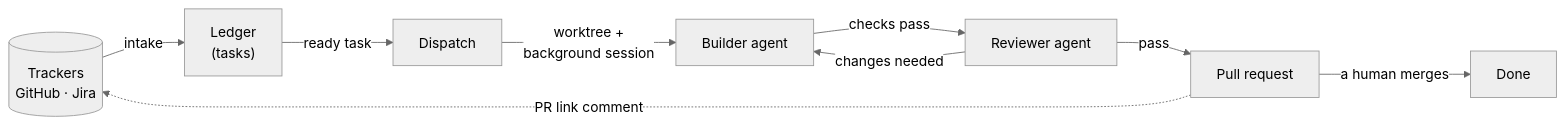
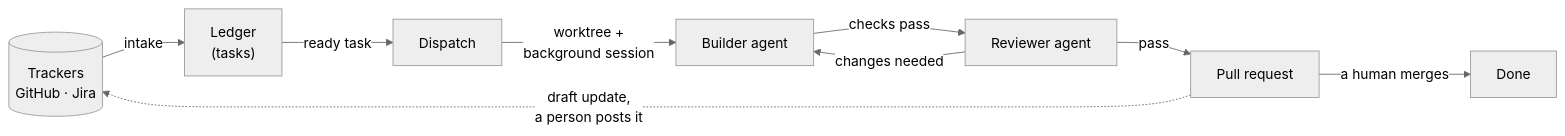
One commit to jack-huffman/agent-command-center changed the first of 2 diagrams in docs/DESIGN.md. Above: the diagram before and after it, drawn with Mermaid (neutral theme). The commit also changed other lines of this file and 2 other files, not shown here.

````diff
--- a/docs/DESIGN.md
+++ b/docs/DESIGN.md
@@ -16,11 +17,11 @@
 ```mermaid
 flowchart LR
     T[("Trackers<br/>GitHub · Jira")] -->|intake| L["Ledger<br/>(tasks)"]
     L -->|ready task| D["Dispatch"]
     D -->|worktree +<br/>background session| B["Builder agent"]
     B -->|checks pass| R["Reviewer agent"]
     R -->|changes needed| B
     R -->|pass| P["Pull request"]
     P -->|a human merges| X["Done"]
-    P -. "PR link comment" .-> T
+    P -. "draft update,<br/>a person posts it" .-> T
 ```
````
